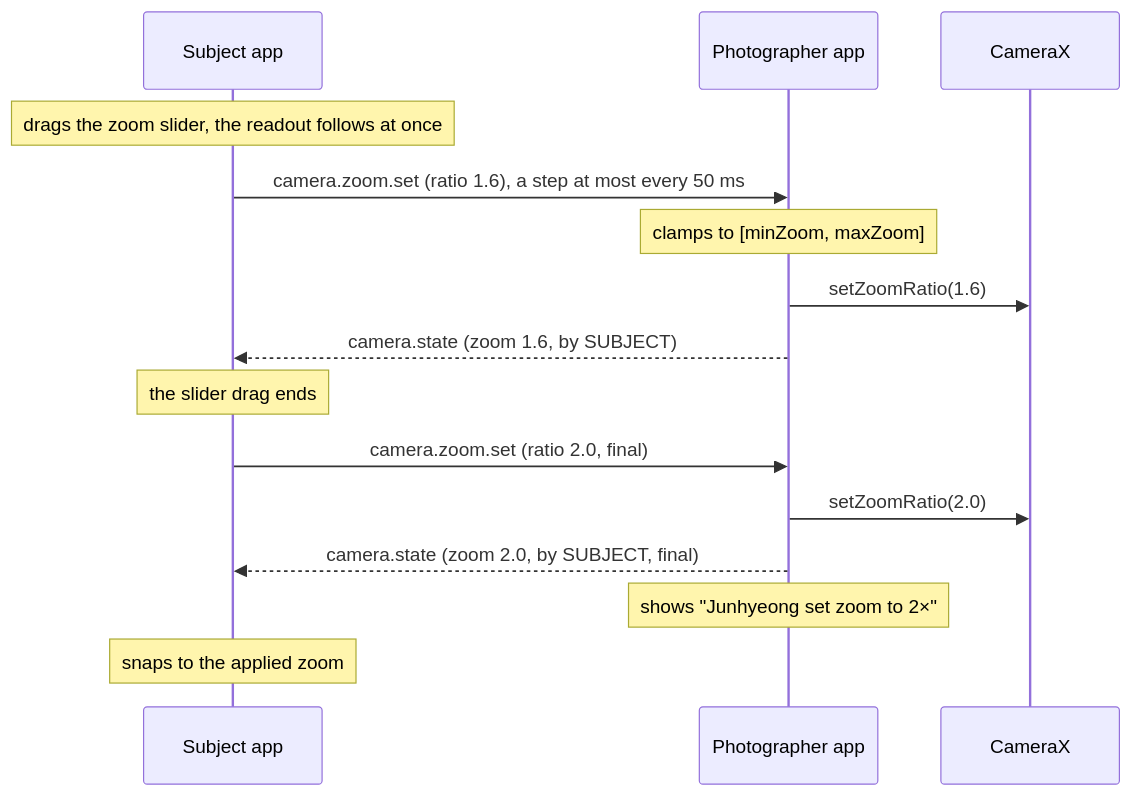
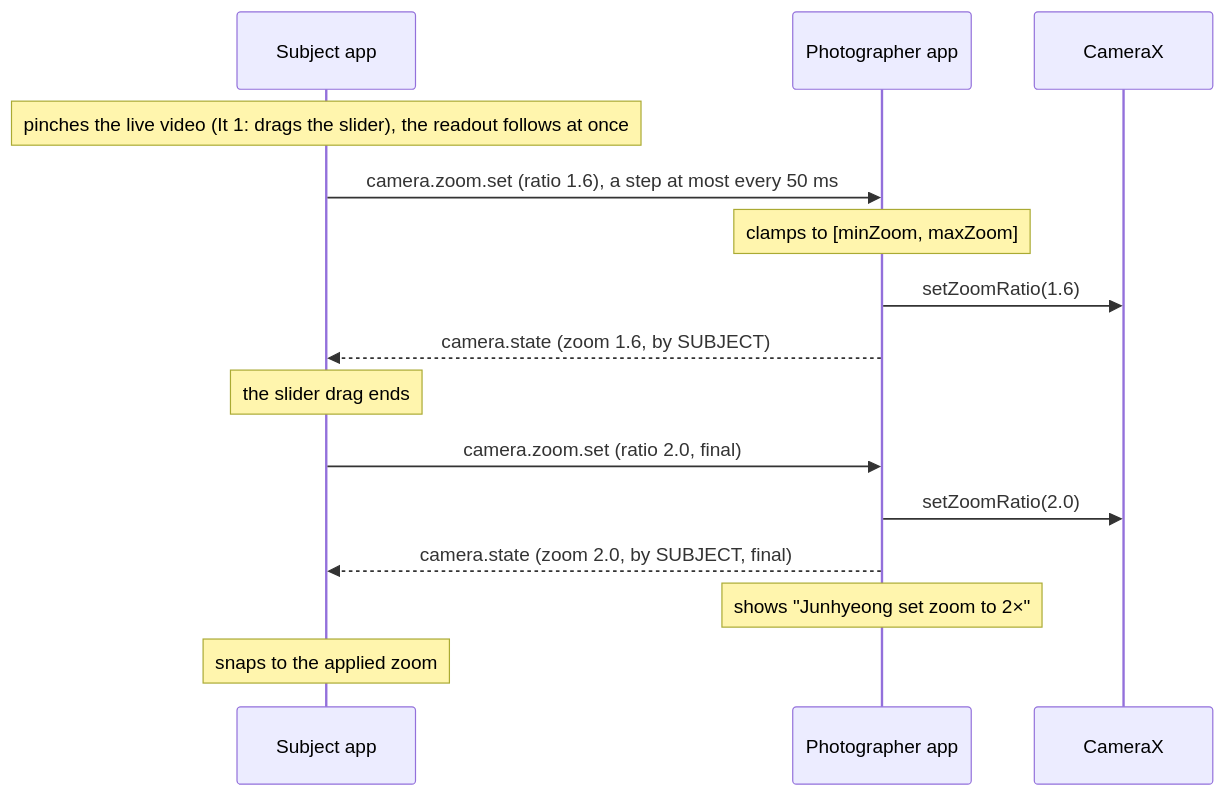
One commit to snuhcs-course/swpp-2026-project-team-10 changed the second of 12 diagrams in wiki/Design-Documentation.md. Above: the diagram before and after it, drawn with Mermaid. The commit also changed other lines of this file, not shown here.

````diff
--- a/wiki/Design-Documentation.md
+++ b/wiki/Design-Documentation.md
@@ -112,17 +140,17 @@
 ```mermaid
 sequenceDiagram
   participant S as Subject app
   participant P as Photographer app
   participant C as CameraX
-  Note over S: drags the zoom slider, the readout follows at once
+  Note over S: pinches the live video (It 1: drags the slider), the readout follows at once
   S->>P: camera.zoom.set (ratio 1.6), a step at most every 50 ms
   Note over P: clamps to [minZoom, maxZoom]
   P->>C: setZoomRatio(1.6)
   P-->>S: camera.state (zoom 1.6, by SUBJECT)
   Note over S: the slider drag ends
   S->>P: camera.zoom.set (ratio 2.0, final)
   P->>C: setZoomRatio(2.0)
   P-->>S: camera.state (zoom 2.0, by SUBJECT, final)
   Note over P: shows "Junhyeong set zoom to 2×"
   Note over S: snaps to the applied zoom
 ```
````
